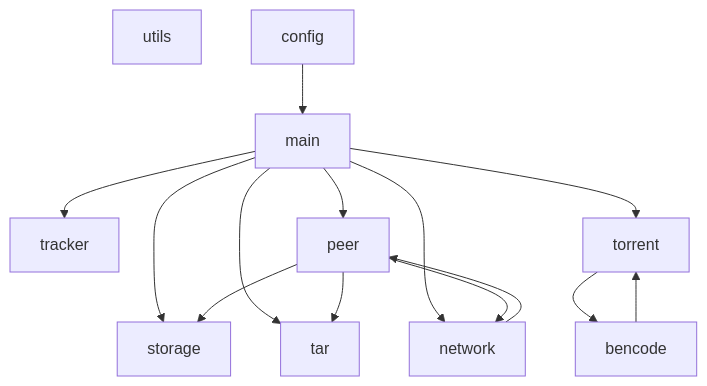
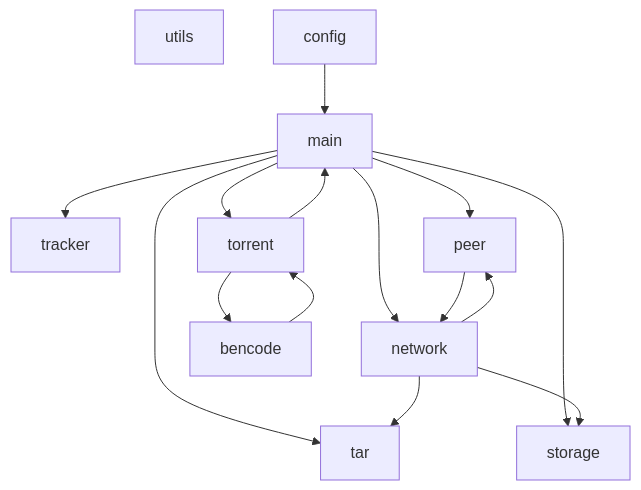
The diagram in FINAL/README.MD (molnija3d/C-2025-09-EVGENIY-Z), drawn with Mermaid before and after one commit.

Commit message:
working on markdown

````diff
--- a/FINAL/README.MD
+++ b/FINAL/README.MD
@@ -142,18 +142,19 @@
 ```mermaid
 graph TD
  
  utils
  config --> main
  main --> tracker
  main --> peer
  main --> storage
  main --> tar
  main --> torrent
  main --> network
  torrent --> bencode
+ torrent --> main
  network --> peer
- peer --> storage
- peer --> tar
+ network --> tar
+ network --> storage
  peer --> network
  bencode --> torrent
 ```
````
